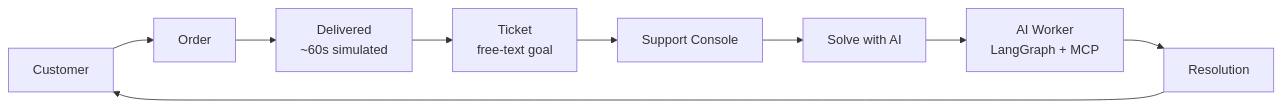
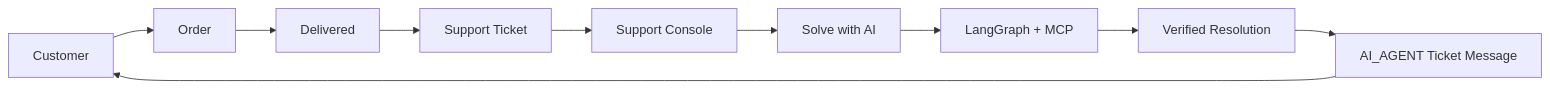
Before and after one commit to bkk07/northstar-worker: the fourth of 4 diagrams in README.md, drawn with Mermaid. The commit also changed other lines of this file and 1 other file, not shown here.

````diff
--- a/README.md
+++ b/README.md
@@ -158,11 +496,12 @@
 ```mermaid
 flowchart LR
-    CU[Customer] --> ORD[Order]
-    ORD --> DL[Delivered\n~60s simulated]
-    DL --> TK[Ticket\nfree-text goal]
-    TK --> SC[Support Console]
-    SC --> SAI[Solve with AI]
-    SAI --> WRK[AI Worker\nLangGraph + MCP]
-    WRK --> RES[Resolution]
-    RES --> CU
+    C[Customer] --> O[Order]
+    O --> D[Delivered]
+    D --> T[Support Ticket]
+    T --> S[Support Console]
+    S --> A[Solve with AI]
+    A --> L[LangGraph + MCP]
+    L --> R[Verified Resolution]
+    R --> M[AI_AGENT Ticket Message]
+    M --> C
 ```
````
